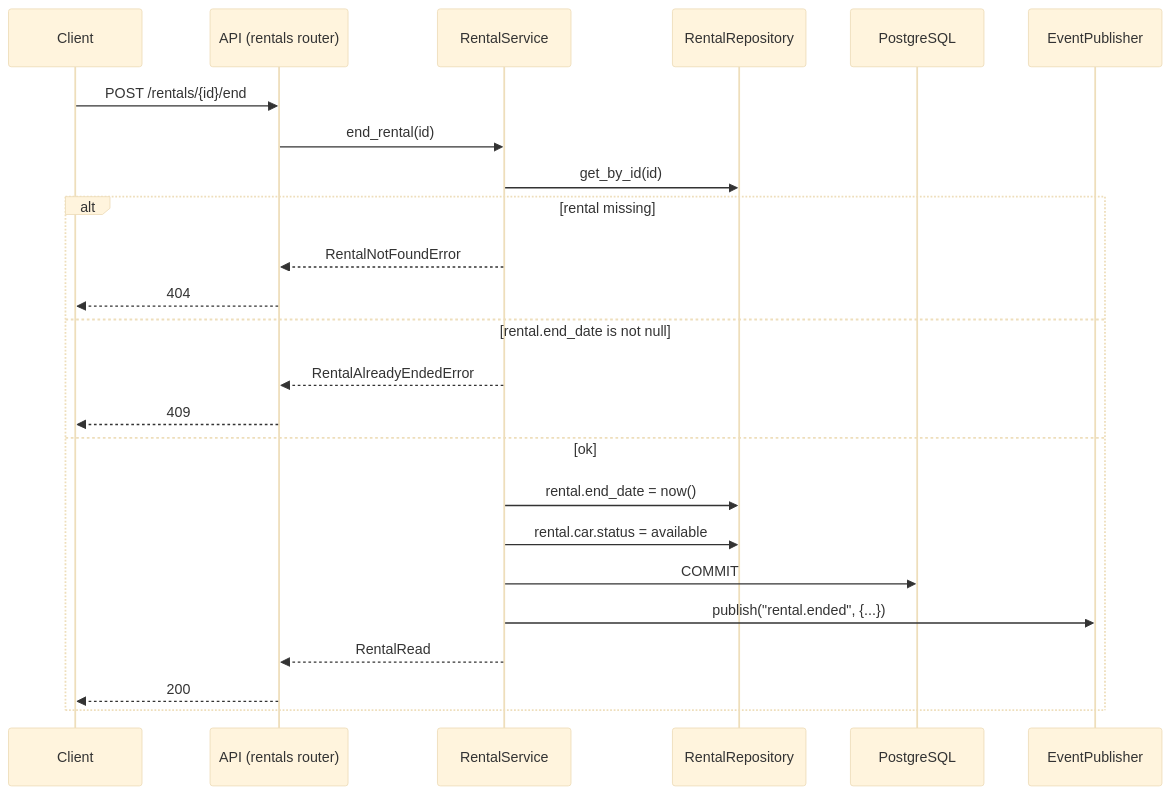
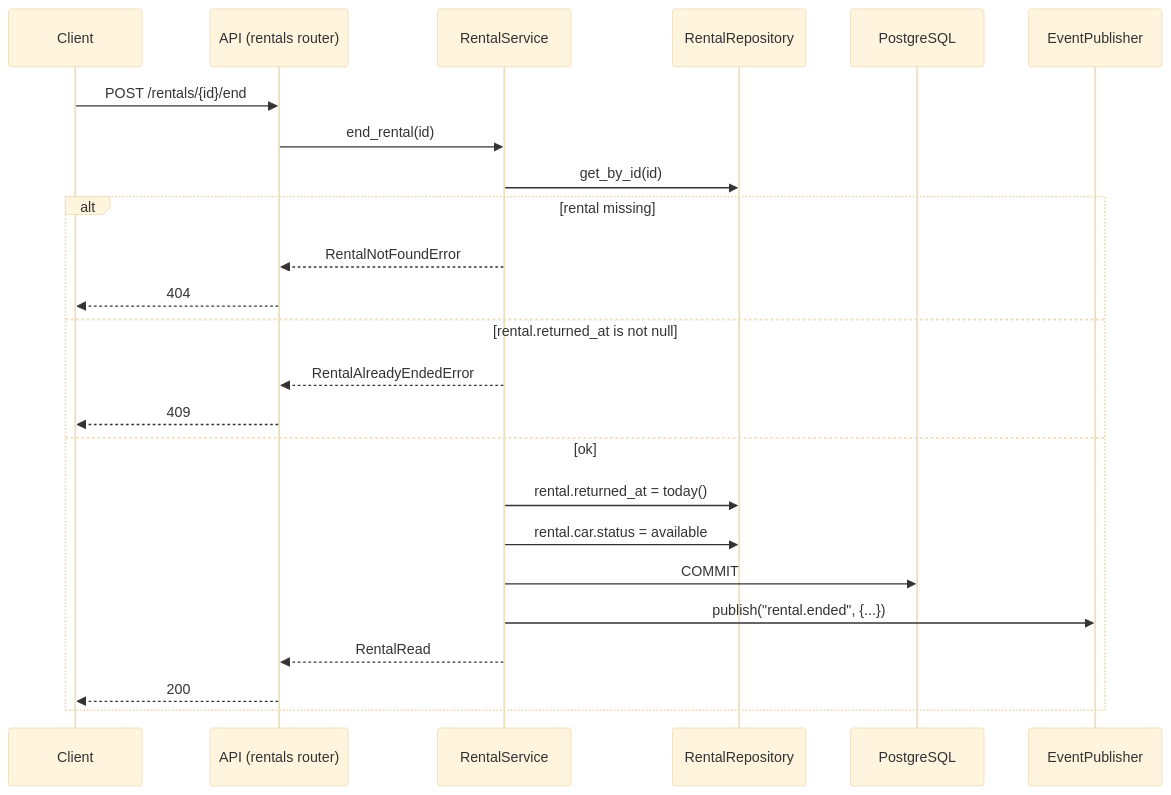
The third of 3 diagrams in docs/architecture.md (renanaya48/DriveNow), drawn with Mermaid (base theme) before and after one commit. The commit also changed other lines of this file and 13 other files, not shown here.

````diff
--- a/docs/architecture.md
+++ b/docs/architecture.md
@@ -83,27 +119,27 @@
 ```mermaid
 sequenceDiagram
     participant C as Client
     participant API as API (rentals router)
     participant S as RentalService
     participant RR as RentalRepository
     participant DB as PostgreSQL
     participant P as EventPublisher
 
     C->>API: POST /rentals/{id}/end
     API->>S: end_rental(id)
     S->>RR: get_by_id(id)
     alt rental missing
         S-->>API: RentalNotFoundError
         API-->>C: 404
-    else rental.end_date is not null
+    else rental.returned_at is not null
         S-->>API: RentalAlreadyEndedError
         API-->>C: 409
     else ok
-        S->>RR: rental.end_date = now()
+        S->>RR: rental.returned_at = today()
         S->>RR: rental.car.status = available
         S->>DB: COMMIT
         S->>P: publish("rental.ended", {...})
         S-->>API: RentalRead
         API-->>C: 200
     end
 ```
````
